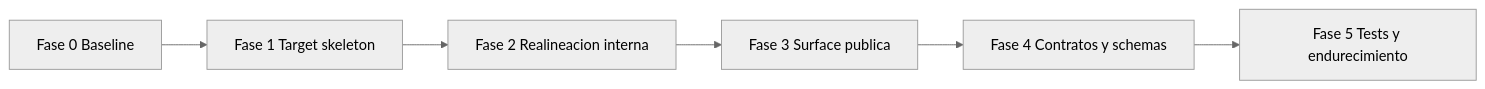
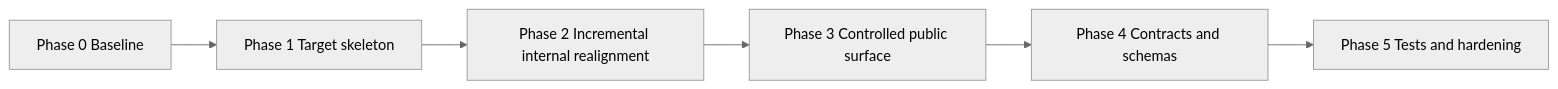
The diagram in docs/planning/engine-gap-to-target-migration-plan.md (dunay2/dvt), drawn with Mermaid (neutral theme) before and after one commit. The commit also changed other lines of this file and 118 other files, not shown here.

````diff
--- a/docs/planning/engine-gap-to-target-migration-plan.md
+++ b/docs/planning/engine-gap-to-target-migration-plan.md
@@ -71,8 +63,8 @@
 ```mermaid
 flowchart LR
-  A[Fase 0 Baseline] --> B[Fase 1 Target skeleton]
-  B --> C[Fase 2 Realineacion interna]
-  C --> D[Fase 3 Surface publica]
-  D --> E[Fase 4 Contratos y schemas]
-  E --> F[Fase 5 Tests y endurecimiento]
+  A[Phase 0 Baseline] --> B[Phase 1 Target skeleton]
+  B --> C[Phase 2 Incremental internal realignment]
+  C --> D[Phase 3 Controlled public surface]
+  D --> E[Phase 4 Contracts and schemas]
+  E --> F[Phase 5 Tests and hardening]
 ```
````
